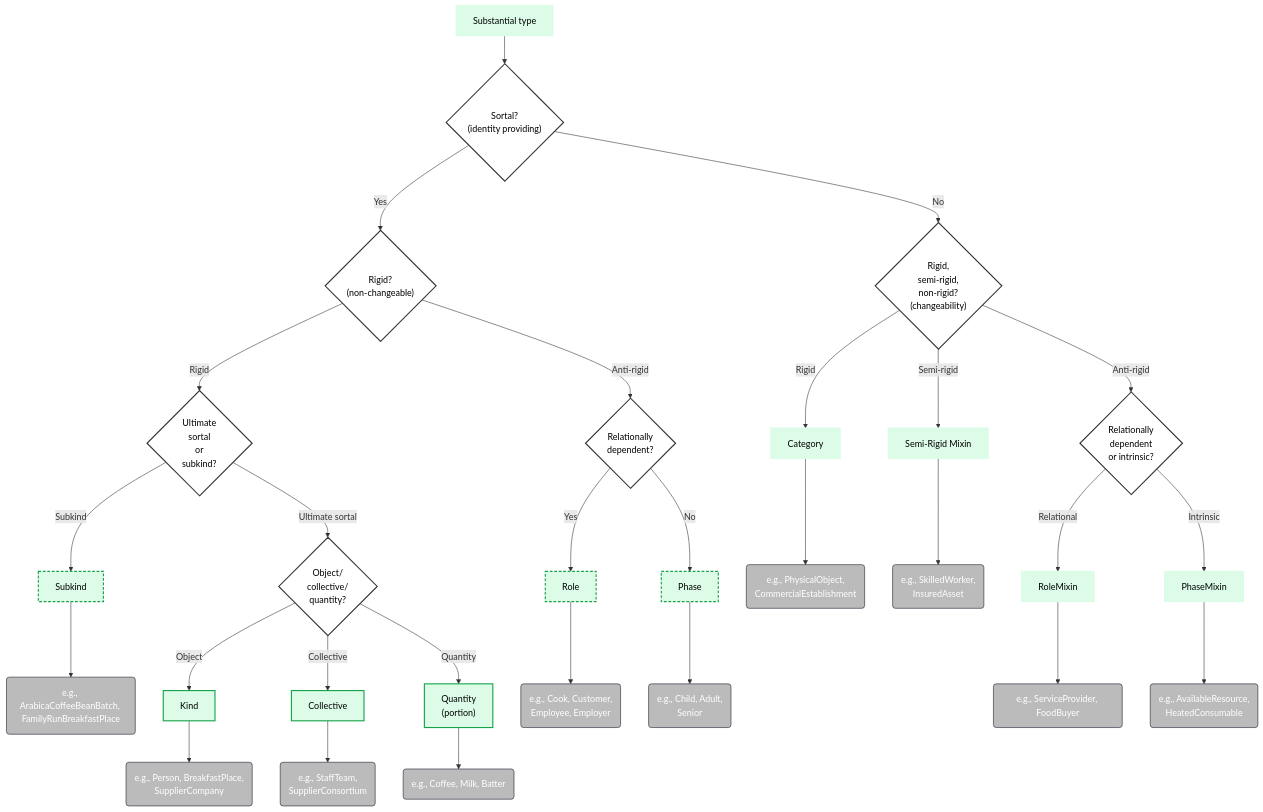
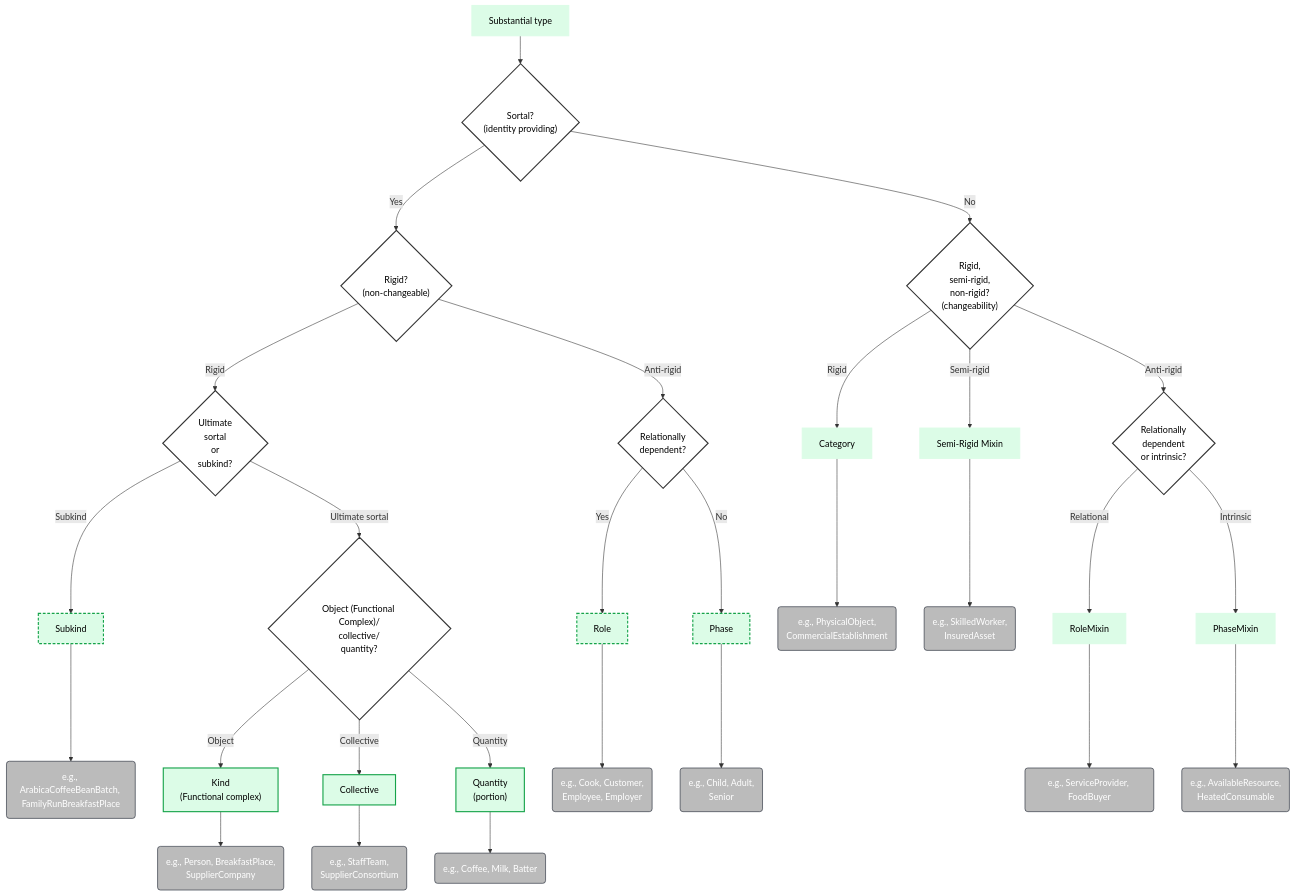
One commit to spdrnl/UFO-Modeling-Decision-Tree changed the diagram in decision-tree/02a-Substantial.mermaid. Above: the diagram before and after it, drawn with Mermaid.

Commit message:
Added functional complex.

```diff
--- a/decision-tree/02a-Substantial.mermaid
+++ b/decision-tree/02a-Substantial.mermaid
@@ -1,75 +1,75 @@
 flowchart TD
     S0[Substantial type]
 
     %% CONCRETE SUBSTANTIALS
     S0 --> SS{"Sortal?\n(identity providing)"}
 
     SS -->|Yes| S1{"Rigid?\n(non-changeable)"}
     SS -->|No| M_X{"Rigid,\nsemi-rigid,\nnon-rigid?\n(changeability)"}
 
     %% Sortals
     S1 -->|Rigid| RG{Ultimate \nsortal \nor \nsubkind?}
     S1 -->|Anti-rigid| DR{Relationally\ndependent?}
 
     RG -->|Subkind| SK[Subkind]
-    RG -->|Ultimate sortal| US{Object/\ncollective/\nquantity?}
-    US -->|Object| KND[Kind]
+    RG -->|Ultimate sortal| US{"Object (Functional Complex)/\ncollective/\nquantity?"}
+    US -->|Object| KND["Kind\n(Functional complex)"]
     US -->|Collective| COL[Collective]
     US -->|Quantity| QTY["Quantity\n(portion)"]
 
     DR -->|Yes| RO[Role]
     DR -->|No| PH[Phase]
 
     %% Non-Sortals (Mixins)
     M_X -->|Rigid| CAT[Category]
     M_X -->|Semi-rigid| MIX[Semi-Rigid Mixin]
     M_X -->|Anti-rigid| M_DX{Relationally\ndependent\nor intrinsic?}
 
     M_DX -->|Relational| RMX[RoleMixin]
     M_DX -->|Intrinsic| PMX[PhaseMixin]
 
     %% EXAMPLE BOXES + LINKS
     KND_ex("e.g., Person, BreakfastPlace, \nSupplierCompany"):::example
     KND --> KND_ex
 
     SK_ex("e.g., ArabicaCoffeeBeanBatch, \nFamilyRunBreakfastPlace"):::example
     SK --> SK_ex
 
     COL_ex("e.g., StaffTeam, \nSupplierConsortium"):::example
     COL --> COL_ex
 
     QTY_ex("e.g., Coffee, Milk, Batter"):::example
     QTY --> QTY_ex
 
     CAT_ex("e.g., PhysicalObject, \nCommercialEstablishment"):::example
     CAT --> CAT_ex
 
     MIX_ex("e.g., SkilledWorker, \nInsuredAsset"):::example
     MIX --> MIX_ex
 
     RMX_ex("e.g., ServiceProvider, FoodBuyer"):::example
     RMX --> RMX_ex
 
     PMX_ex("e.g., AvailableResource, \nHeatedConsumable"):::example
     PMX --> PMX_ex
 
     RO_ex("e.g., Cook, Customer, \nEmployee, Employer"):::example
     RO --> RO_ex
 
     PH_ex("e.g., Child, Adult, \nSenior"):::example
     PH --> PH_ex
 
     %% CLASSES
     classDef example fill:#BBBBBB,stroke:#111827,stroke-width:1px,color:#ffffff;
     classDef generic fill:#ffffff,stroke:#333,stroke-width:2px,color:#000;
     classDef substantial fill:#dcfce7,stroke:#dcfce7,stroke-width:2px,color:#000;
     classDef substantialId fill:#dcfce7,stroke:#16a34a,stroke-width:2px,color:#000;
     classDef substantialNonId fill:#dcfce7,stroke:#16a34a,stroke-width:2px,stroke-dasharray: 5 3,color:#000;
 
     %% generic / neutral nodes
     class SS,S1,M_X,RG,US,DR,M_SR,M_DX generic;
 
     %% substantial subtree colors
     class KND,COL,QTY substantialId;
     class SK,RO,PH substantialNonId;
     class S0,CAT,RMX,PMX,MIX substantial;
```
